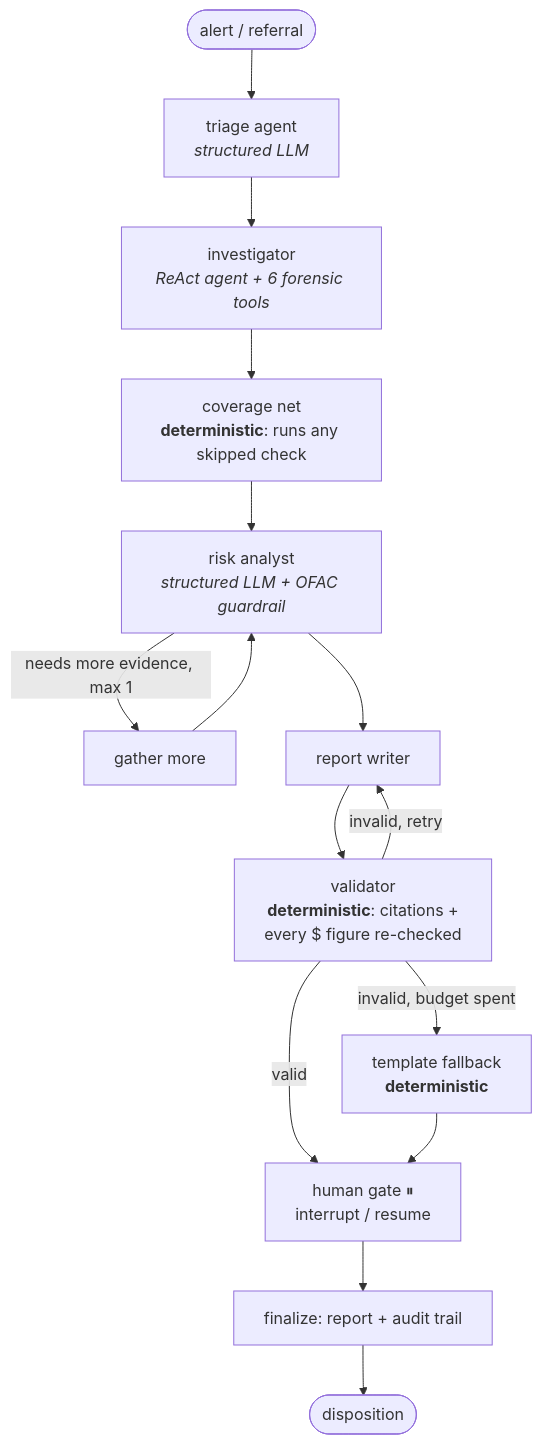
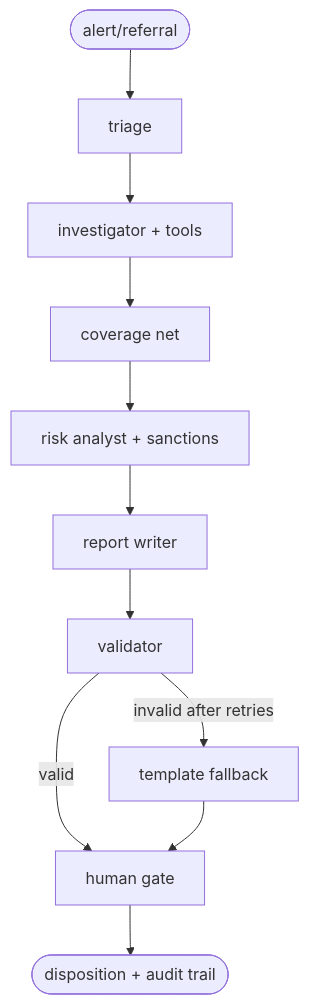
One commit to pypi-ahmad/risk-fraud-aml-systems changed the diagram in agentic-aml-investigator/README.md. Above: the diagram before and after it, drawn with Mermaid. The commit also changed other lines of this file and 15 other files, not shown here.

````diff
--- a/agentic-aml-investigator/README.md
+++ b/agentic-aml-investigator/README.md
@@ -13,15 +57,13 @@
 ```mermaid
 flowchart TD
-    START([alert / referral]) --> T[triage agent<br/><i>structured LLM</i>]
-    T --> I[investigator<br/><i>ReAct agent + 6 forensic tools</i>]
-    I --> C[coverage net<br/><b>deterministic</b>: runs any skipped check]
-    C --> R[risk analyst<br/><i>structured LLM + OFAC guardrail</i>]
-    R -->|needs more evidence, max 1| G[gather more] --> R
+    START([alert/referral]) --> T[triage]
+    T --> I[investigator + tools]
+    I --> C[coverage net]
+    C --> R[risk analyst + sanctions]
     R --> W[report writer]
-    W --> V[validator<br/><b>deterministic</b>: citations +<br/>every $ figure re-checked]
-    V -->|invalid, retry| W
-    V -->|invalid, budget spent| F[template fallback<br/><b>deterministic</b>]
-    V -->|valid| H[human gate ⏸<br/>interrupt / resume]
+    W --> V[validator]
+    V -->|valid| H[human gate]
+    V -->|invalid after retries| F[template fallback]
     F --> H
-    H --> Z[finalize: report + audit trail] --> END([disposition])
+    H --> END([disposition + audit trail])
 ```
````
